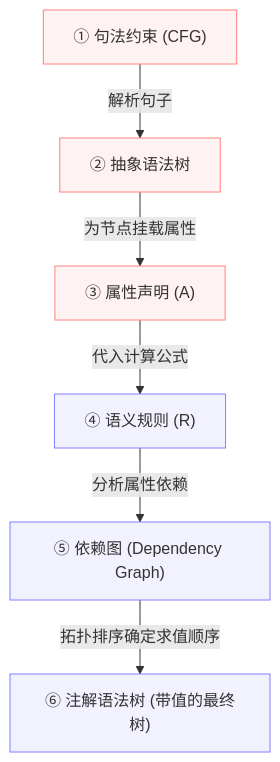
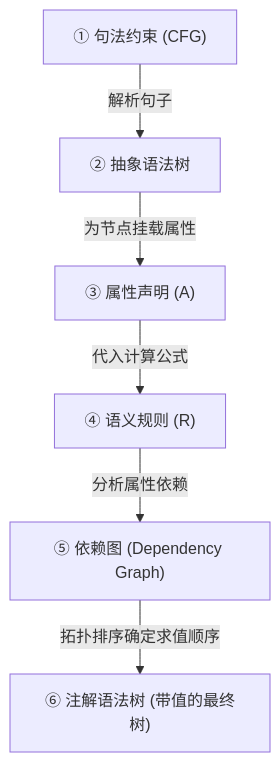
Before and after one commit to Singularity-Ye/Blog-pro: the diagram in public/notes/01_藏经阁（知识库）/格物院（课程与学科）/编译原理/04_语义分析/属性文法.md, drawn with Mermaid. The commit also changed 6 other files, not shown here.

Commit message:
style(flowchart): synchronize notes and remove classDef configurations from compiled notes

````diff
--- a/public/notes/01_藏经阁（知识库）/格物院（课程与学科）/编译原理/04_语义分析/属性文法.md
+++ b/public/notes/01_藏经阁（知识库）/格物院（课程与学科）/编译原理/04_语义分析/属性文法.md
@@ -81,13 +81,8 @@
 ```mermaid
 flowchart TD
     CFG["① 句法约束 (CFG)"] -->|解析句子| AST["② 抽象语法树"]
     AST -->|为节点挂载属性| Bind["③ 属性声明 (A)"]
     Bind -->|代入计算公式| Rules["④ 语义规则 (R)"]
     Rules -->|分析属性依赖| DepGraph["⑤ 依赖图 (Dependency Graph)"]
     DepGraph -->|拓扑排序确定求值顺序| Eval["⑥ 注解语法树 (带值的最终树)"]
-
-    classDef core fill:#fff2f2,stroke:#ff8080,stroke-width:1px;
-    classDef run fill:#f2f2ff,stroke:#8080ff,stroke-width:1px;
-    class CFG,AST,Bind core;
-    class Rules,DepGraph,Eval run;
 ```
````
